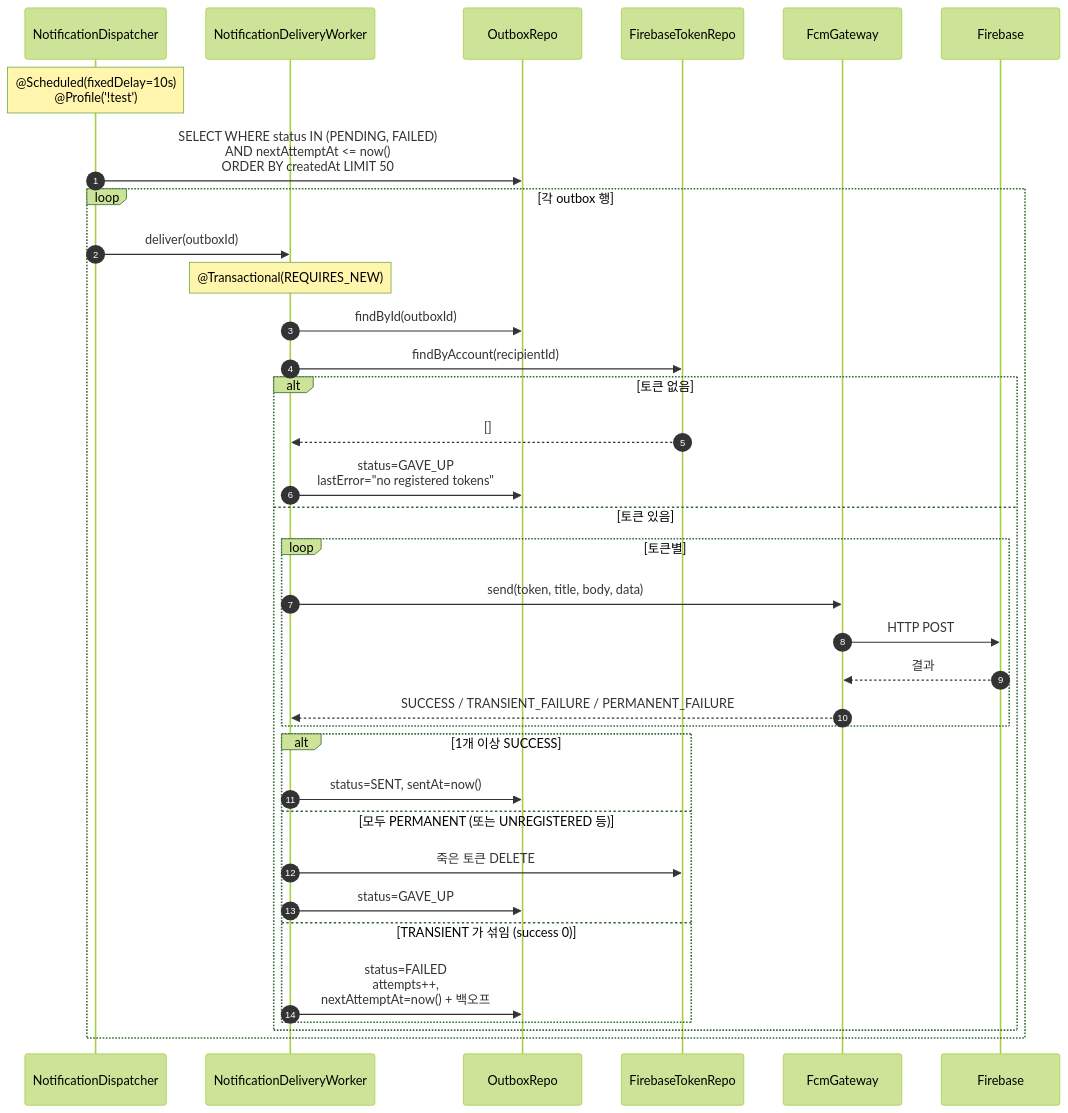
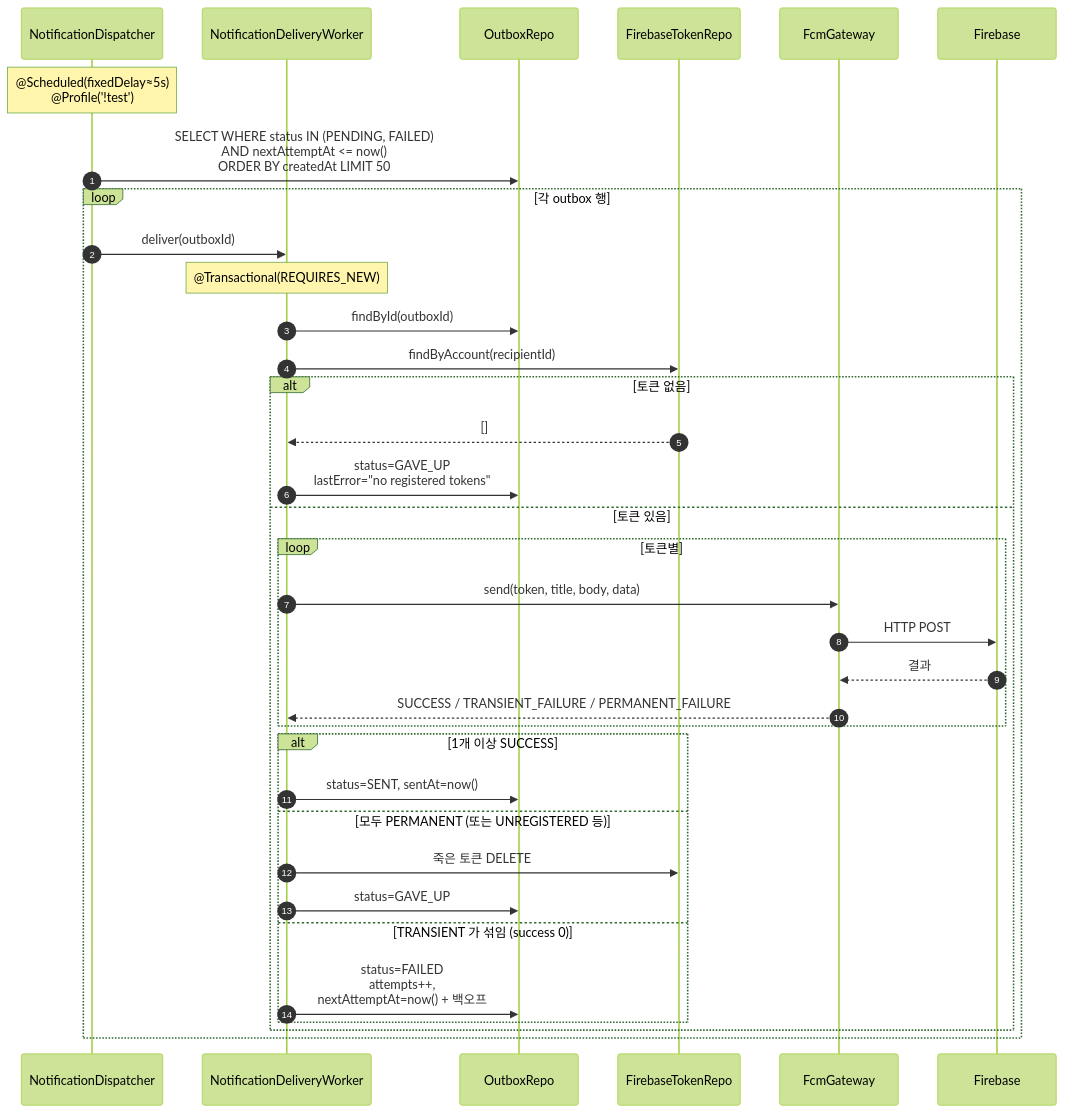
The third of 6 diagrams in docs/architecture/notification.md (pungdong/Pungdong-Backend), drawn with Mermaid (forest theme) before and after one commit. The commit also changed other lines of this file and 2 other files, not shown here.

````diff
--- a/docs/architecture/notification.md
+++ b/docs/architecture/notification.md
@@ -112,42 +112,42 @@
 ```mermaid
 sequenceDiagram
     autonumber
     participant Dis as NotificationDispatcher
     participant Worker as NotificationDeliveryWorker
     participant OutRepo as OutboxRepo
     participant TokRepo as FirebaseTokenRepo
     participant Gw as FcmGateway
     participant FCM as Firebase
 
-    Note over Dis: @Scheduled(fixedDelay=10s)<br/>@Profile('!test')
+    Note over Dis: @Scheduled(fixedDelay≈5s)<br/>@Profile('!test')
     Dis->>OutRepo: SELECT WHERE status IN (PENDING, FAILED)<br/>AND nextAttemptAt <= now()<br/>ORDER BY createdAt LIMIT 50
 
     loop 각 outbox 행
         Dis->>Worker: deliver(outboxId)
         Note over Worker: @Transactional(REQUIRES_NEW)
 
         Worker->>OutRepo: findById(outboxId)
         Worker->>TokRepo: findByAccount(recipientId)
 
         alt 토큰 없음
             TokRepo-->>Worker: []
             Worker->>OutRepo: status=GAVE_UP<br/>lastError="no registered tokens"
         else 토큰 있음
             loop 토큰별
                 Worker->>Gw: send(token, title, body, data)
                 Gw->>FCM: HTTP POST
                 FCM-->>Gw: 결과
                 Gw-->>Worker: SUCCESS / TRANSIENT_FAILURE / PERMANENT_FAILURE
             end
 
             alt 1개 이상 SUCCESS
                 Worker->>OutRepo: status=SENT, sentAt=now()
             else 모두 PERMANENT (또는 UNREGISTERED 등)
                 Worker->>TokRepo: 죽은 토큰 DELETE
                 Worker->>OutRepo: status=GAVE_UP
             else TRANSIENT 가 섞임 (success 0)
                 Worker->>OutRepo: status=FAILED<br/>attempts++,<br/>nextAttemptAt=now() + 백오프
             end
         end
     end
 ```
````
